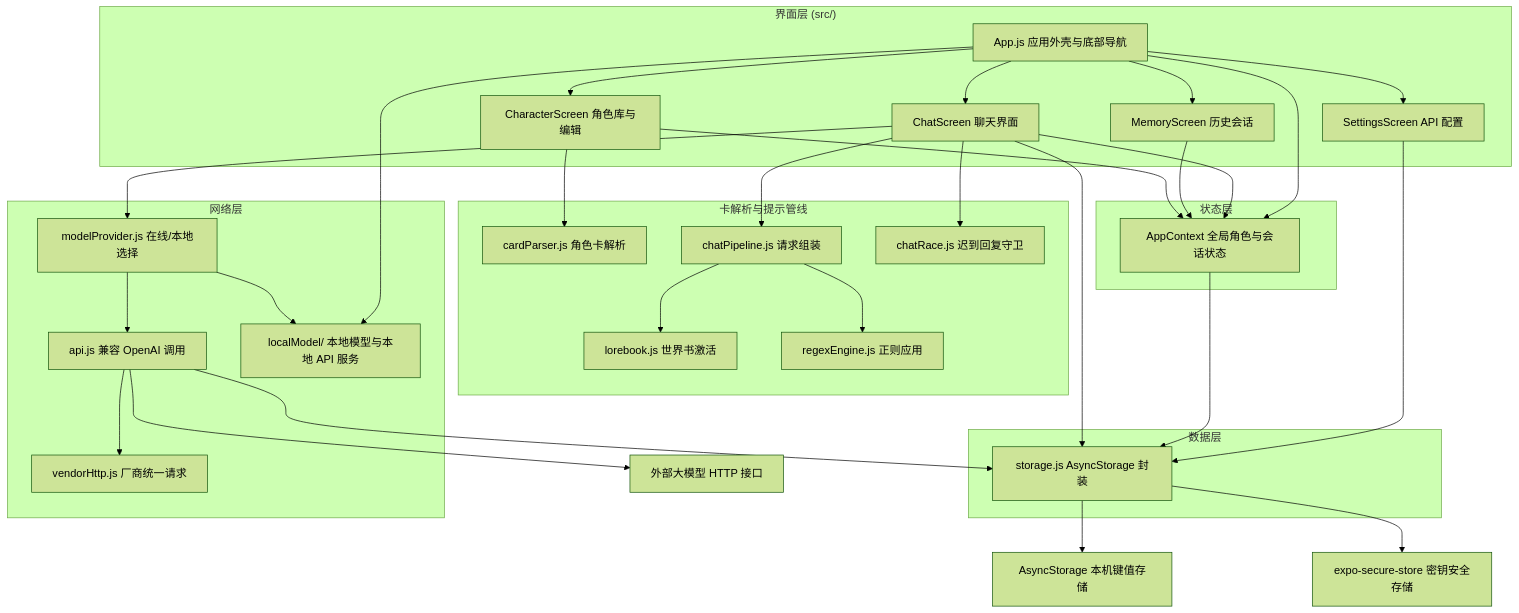
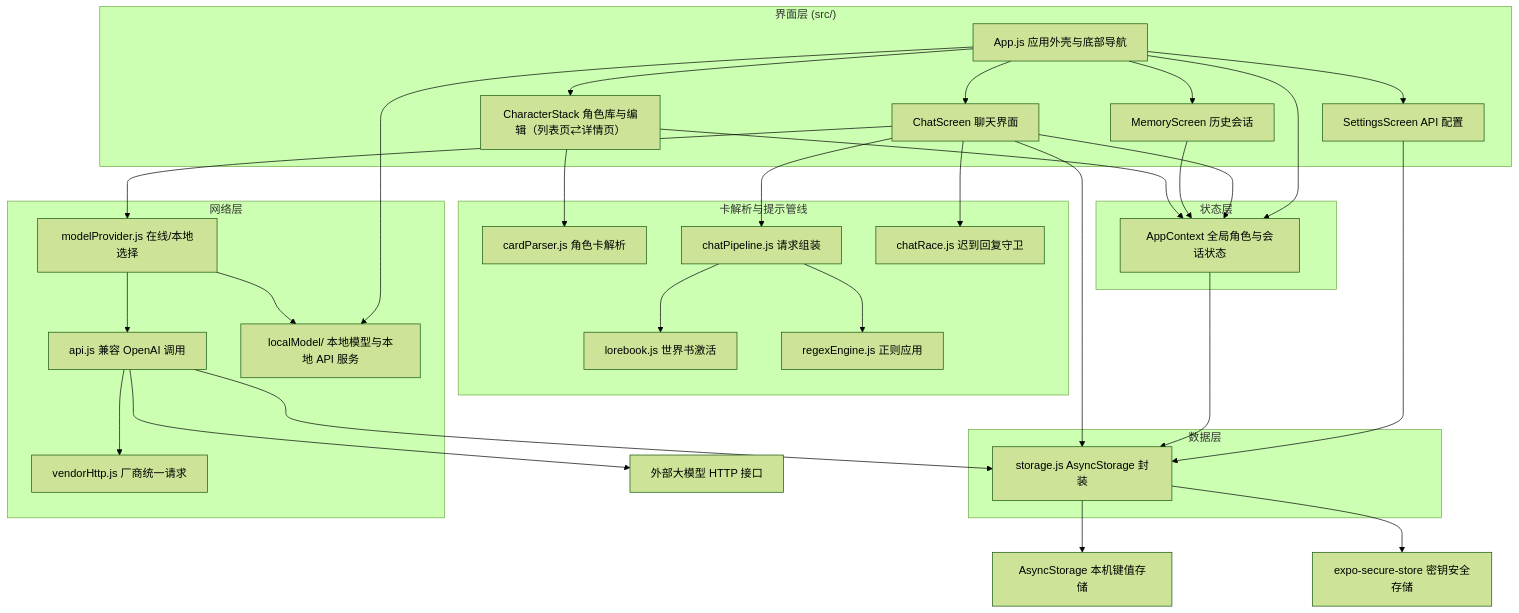
Before and after one commit to pppxxxy/easychat2: the first of 3 diagrams in .monkeycode/docs/ARCHITECTURE.md, drawn with Mermaid (forest theme). The commit also changed other lines of this file and 24 other files, not shown here.

First line of the commit message:
refactor(character): 拆出角色库列表页与详情编辑页（native-stack）

````diff
--- a/.monkeycode/docs/ARCHITECTURE.md
+++ b/.monkeycode/docs/ARCHITECTURE.md
@@ -370,58 +370,58 @@
 ```mermaid
 flowchart TB
     subgraph UI["界面层 (src/)"]
         App["App.js 应用外壳与底部导航"]
         Chat["ChatScreen 聊天界面"]
         Memory["MemoryScreen 历史会话"]
-        Character["CharacterScreen 角色库与编辑"]
+        Character["CharacterStack 角色库与编辑（列表页⇄详情页）"]
         Settings["SettingsScreen API 配置"]
     end
     subgraph STATE["状态层"]
         Context["AppContext 全局角色与会话状态"]
     end
     subgraph DATA["数据层"]
         Storage["storage.js AsyncStorage 封装"]
     end
     subgraph PIPE["卡解析与提示管线"]
         Parser["cardParser.js 角色卡解析"]
         Lore["lorebook.js 世界书激活"]
         Regex["regexEngine.js 正则应用"]
         Pipeline["chatPipeline.js 请求组装"]
         Race["chatRace.js 迟到回复守卫"]
     end
     subgraph NET["网络层"]
         Api["api.js 兼容 OpenAI 调用"]
         Vendor["vendorHttp.js 厂商统一请求"]
         Provider["modelProvider.js 在线/本地选择"]
         LocalApi["localModel/ 本地模型与本地 API 服务"]
     end
     Device["AsyncStorage 本机键值存储"]
     Secure["expo-secure-store 密钥安全存储"]
     LLM["外部大模型 HTTP 接口"]
 
     App --> Chat
     App --> Memory
     App --> Character
     App --> Settings
     App --> Context
     App --> LocalApi
     Chat --> Context
     Memory --> Context
     Character --> Context
     Settings --> Storage
     Context --> Storage
     Chat --> Storage
     Chat --> Pipeline
     Character --> Parser
     Pipeline --> Lore
     Pipeline --> Regex
     Chat --> Provider
     Provider --> Api
     Provider --> LocalApi
     Api --> Vendor
     Chat --> Race
     Api --> Storage
     Storage --> Device
     Storage --> Secure
     Api --> LLM
 ```
````
